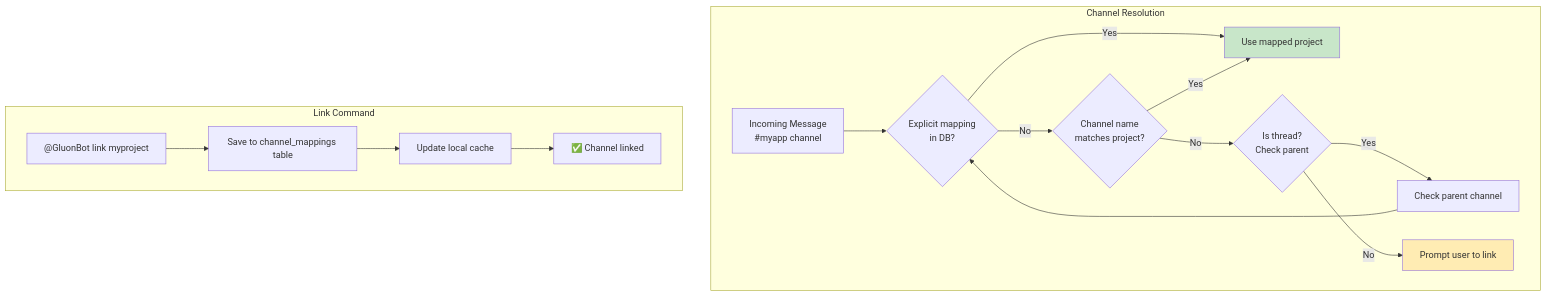
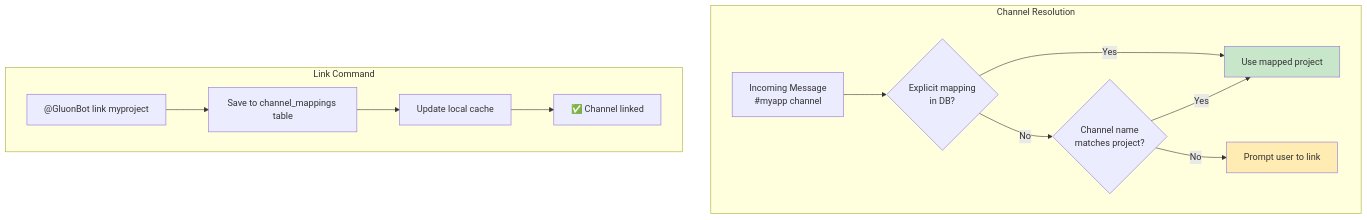
Before and after one commit to carrotly-ai/gluon-agent: diagram 11 of 18 in README.md, drawn with Mermaid. The commit also changed other lines of this file and 4 other files, not shown here.

````diff
--- a/README.md
+++ b/README.md
@@ -488,27 +493,23 @@
 ```mermaid
 flowchart TD
     subgraph "Channel Resolution"
         MSG[Incoming Message<br/>#myapp channel]
         MSG --> CHECK1{Explicit mapping<br/>in DB?}
 
         CHECK1 -->|Yes| FOUND[Use mapped project]
         CHECK1 -->|No| CHECK2{Channel name<br/>matches project?}
 
         CHECK2 -->|Yes| FOUND
-        CHECK2 -->|No| CHECK3{Is thread?<br/>Check parent}
-
-        CHECK3 -->|Yes| PARENT[Check parent channel]
-        PARENT --> CHECK1
-        CHECK3 -->|No| PROMPT[Prompt user to link]
+        CHECK2 -->|No| PROMPT[Prompt user to link]
     end
 
     subgraph "Link Command"
         LINK["@GluonBot link myproject"]
         LINK --> SAVE[Save to channel_mappings table]
         SAVE --> CACHE[Update local cache]
         CACHE --> CONFIRM["✅ Channel linked"]
     end
 
     style FOUND fill:#c8e6c9
     style PROMPT fill:#ffecb3
 ```
````
